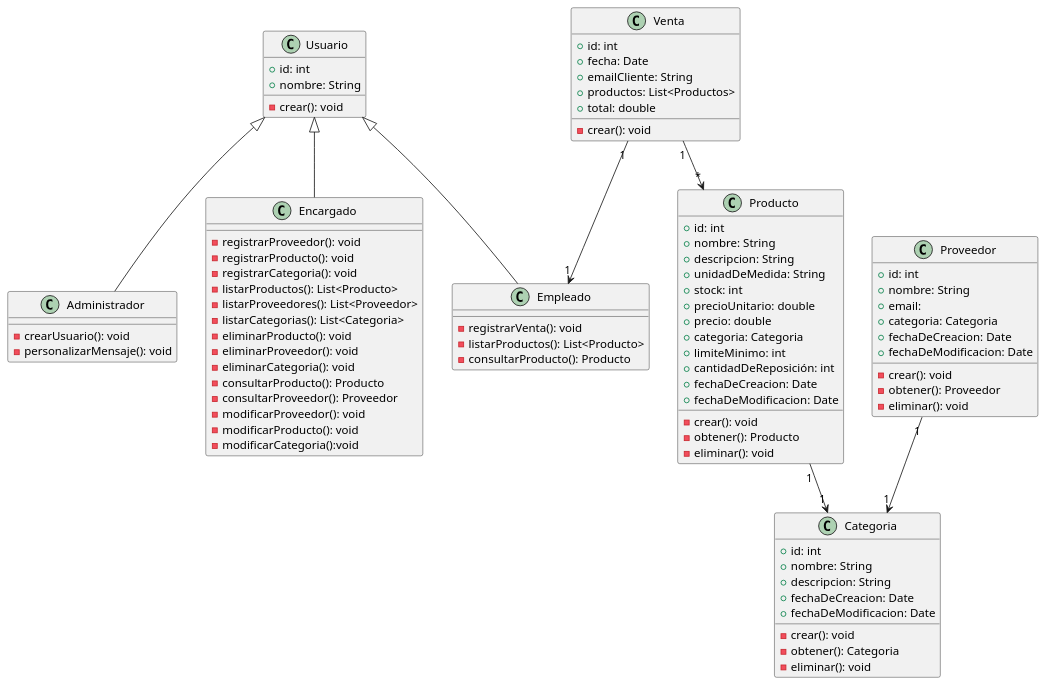
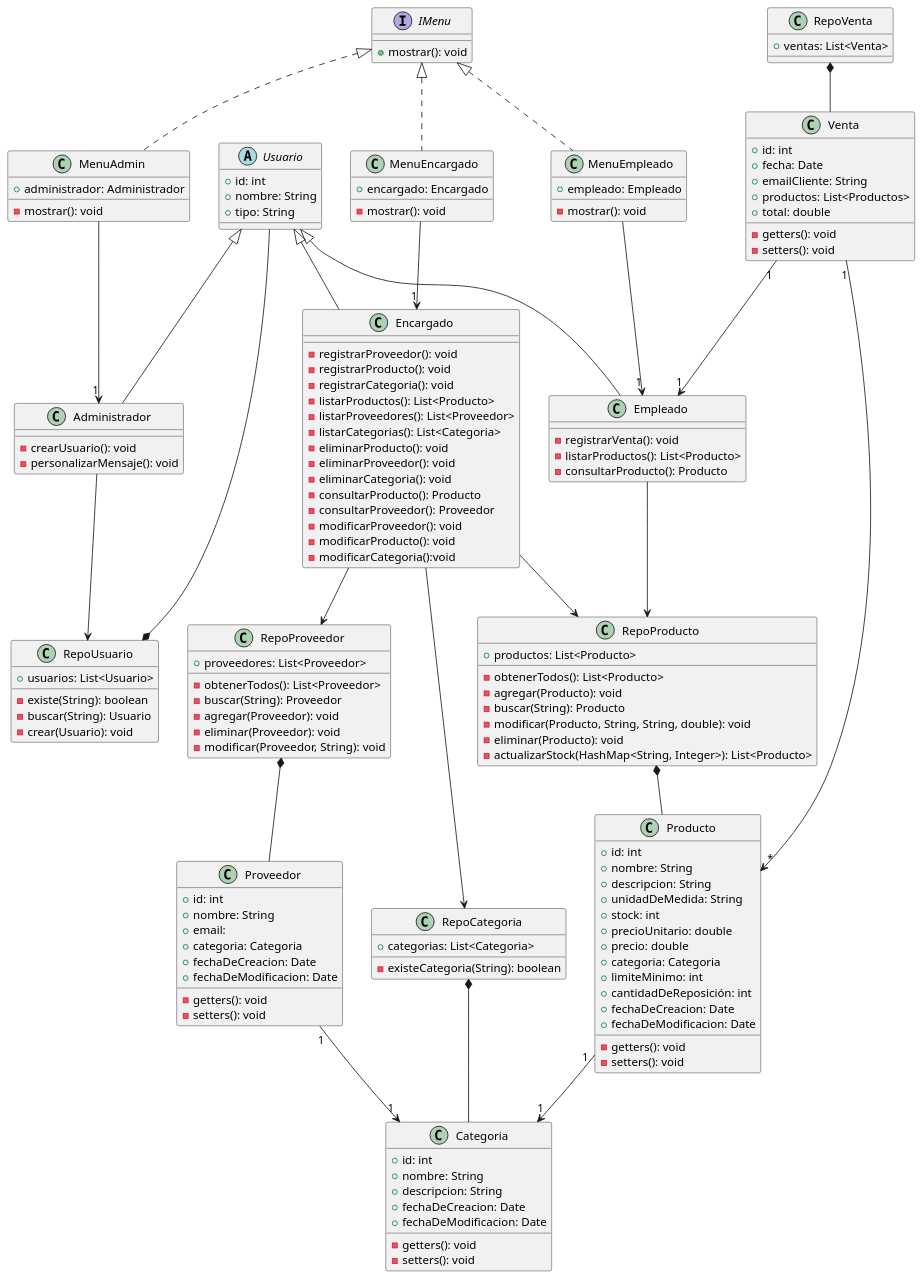
One commit to Fiordalisi/stockplus changed the diagram in src/docs/class_diagram.puml. Above: the diagram before and after it, drawn with PlantUML. The commit also changed 7 other files, not shown here.

Commit message:
update diagrams

```diff
--- a/src/docs/class_diagram.puml
+++ b/src/docs/class_diagram.puml
@@ -1,108 +1,187 @@
 @startuml
-class Usuario {
+abstract class Usuario {
     +id: int
     +nombre: String
-    -crear(): void
+    +tipo: String
 }
 
 Usuario <|-- Administrador
 Usuario <|-- Encargado
 Usuario <|-- Empleado
 
 class Administrador {
     -crearUsuario(): void
     -personalizarMensaje(): void
 }
 
 class Encargado {
     -registrarProveedor(): void
     -registrarProducto(): void
     -registrarCategoria(): void
     -listarProductos(): List<Producto>
     -listarProveedores(): List<Proveedor>
     -listarCategorias(): List<Categoria>
     -eliminarProducto(): void
     -eliminarProveedor(): void
     -eliminarCategoria(): void
     -consultarProducto(): Producto
     -consultarProveedor(): Proveedor
     -modificarProveedor(): void
     -modificarProducto(): void
     -modificarCategoria():void
 }
 
 class Empleado {
     -registrarVenta(): void
     -listarProductos(): List<Producto>
     -consultarProducto(): Producto
 }
 
 class Categoria {
-    -crear(): void
-    -obtener(): Categoria
-    -eliminar(): void
+    -getters(): void
+    -setters(): void
 }
 
 class Producto {
-    -crear(): void
-    -obtener(): Producto
-    -eliminar(): void
+    -getters(): void
+    -setters(): void
 }
 
 class Proveedor {
-    -crear(): void
-    -obtener(): Proveedor
-    -eliminar(): void
+    -getters(): void
+    -setters(): void
 }
 
 class Categoria {
     +id: int
     +nombre: String
     +descripcion: String
     +fechaDeCreacion: Date
     +fechaDeModificacion: Date
 }
 
 class Venta {
-    -crear(): void
+    -getters(): void
+    -setters(): void
 }
 
 class Producto {
     +id: int
     +nombre: String
     +descripcion: String
     +unidadDeMedida: String
     +stock: int
     +precioUnitario: double
     +precio: double
     +categoria: Categoria
     +limiteMinimo: int
     +cantidadDeReposición: int
     +fechaDeCreacion: Date
     +fechaDeModificacion: Date
 }
 
 Producto "1" --> "1" Categoria
 
 class Proveedor {
     +id: int
     +nombre: String
     +email:
     +categoria: Categoria
     +fechaDeCreacion: Date
     +fechaDeModificacion: Date
 }
 
 Proveedor "1" --> "1" Categoria
 
 class Venta {
     +id: int
     +fecha: Date
     +emailCliente: String
     +productos: List<Productos>
     +total: double
 }
 
 Venta "1" --> "1" Empleado
 Venta "1" --> "*" Producto
+
+interface IMenu {
+    +mostrar(): void
+}
+
+
+class MenuEmpleado {
+    +empleado: Empleado
+    -mostrar(): void
+}
+
+MenuEmpleado --> "1" Empleado
+
+class MenuEncargado {
+    +encargado: Encargado
+    -mostrar(): void
+}
+
+MenuEncargado --> "1" Encargado
+
+class MenuAdmin {
+    +administrador: Administrador
+    -mostrar(): void
+}
+
+MenuAdmin --> "1" Administrador
+
+' Relación de implementación
+IMenu <|.. MenuEmpleado
+IMenu <|.. MenuEncargado
+IMenu <|.. MenuAdmin
+
+class RepoCategoria {
+    +categorias: List<Categoria>
+    -existeCategoria(String): boolean
+}
+
+class RepoProducto {
+    +productos: List<Producto>
+    -obtenerTodos(): List<Producto>
+    -agregar(Producto): void
+    -buscar(String): Producto
+    -modificar(Producto, String, String, double): void
+    -eliminar(Producto): void
+    -actualizarStock(HashMap<String, Integer>): List<Producto>
+}
+
+class RepoProveedor {
+    +proveedores: List<Proveedor>
+    -obtenerTodos(): List<Proveedor>
+    -buscar(String): Proveedor
+    -agregar(Proveedor): void
+    -eliminar(Proveedor): void
+    -modificar(Proveedor, String): void
+}
+
+class RepoUsuario {
+    +usuarios: List<Usuario>
+    -existe(String): boolean
+    -buscar(String): Usuario
+    -crear(Usuario): void
+}
+
+class RepoVenta {
+    +ventas: List<Venta>
+}
+
+' *-- para demotrar que se componen de colecciones de esas clases.
+
+RepoCategoria *-- Categoria
+RepoProducto *-- Producto
+RepoProveedor *-- Proveedor
+RepoUsuario *-- Usuario
+RepoVenta *-- Venta
+
+Empleado --> RepoProducto
+Administrador --> RepoUsuario
+Encargado --> RepoCategoria
+Encargado --> RepoProducto
+Encargado --> RepoProveedor
+
 @enduml
```
